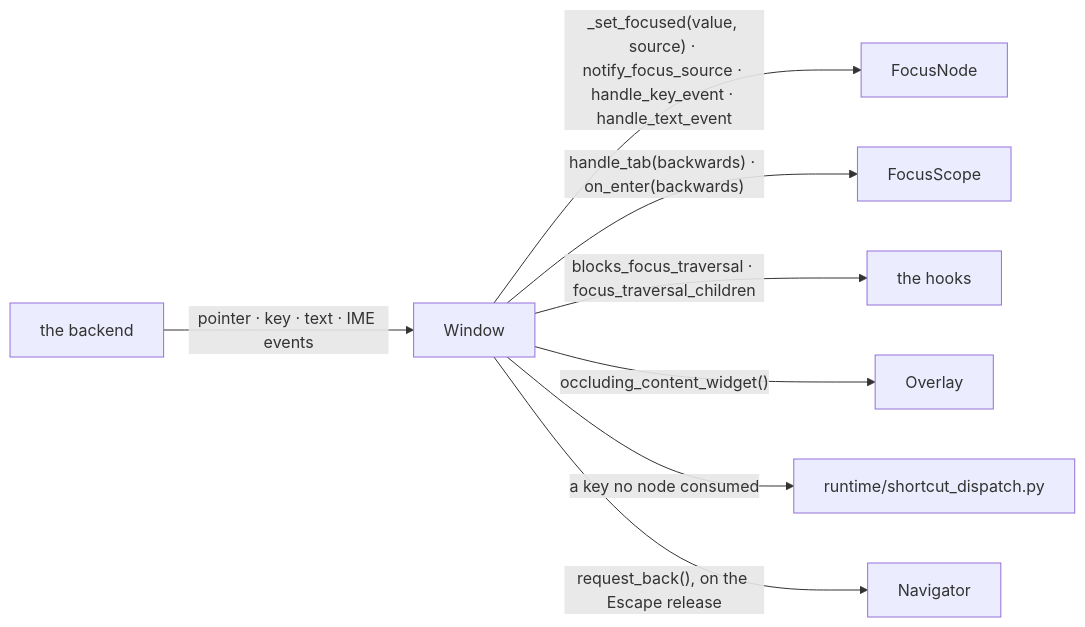
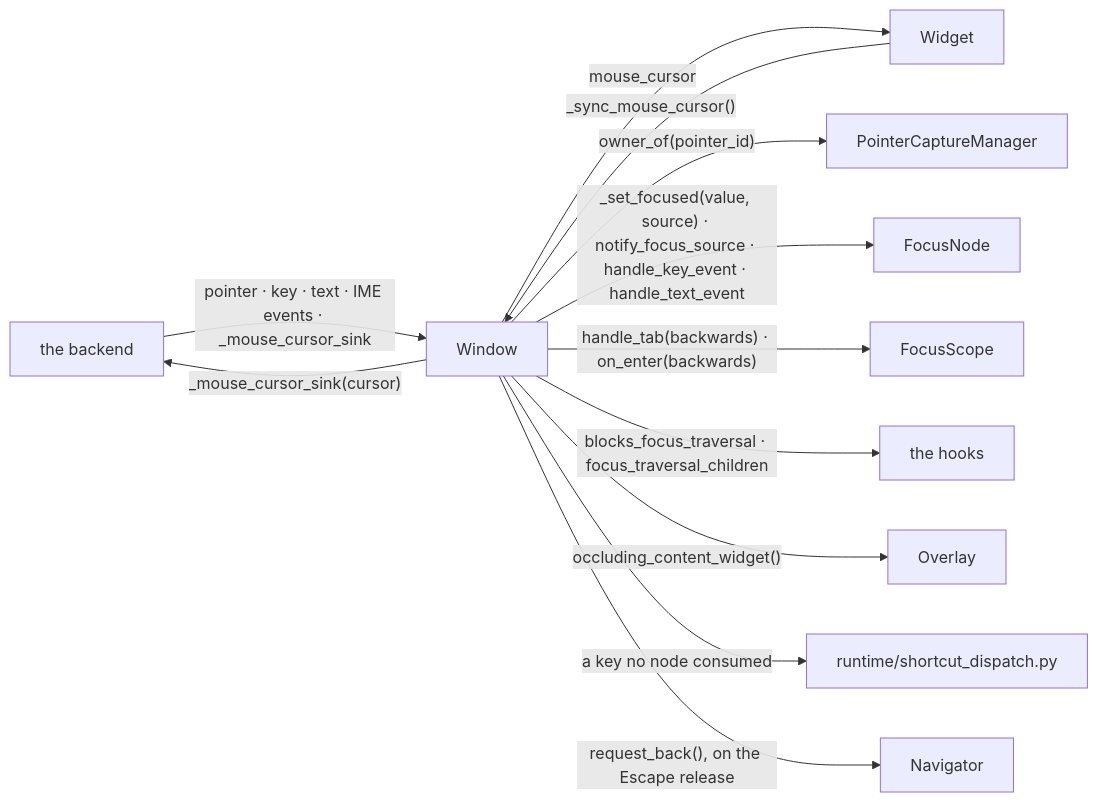
The second of 10 diagrams in docs/design/INTERACTION_ARCHITECTURE.md (yuksblog/nuiitivet), drawn with Mermaid before and after one commit. The commit also changed other lines of this file and 28 other files, not shown here.

First line of the commit message:
feat(interaction): widgets show a mouse cursor by role, cursor() sets one

````diff
--- a/docs/design/INTERACTION_ARCHITECTURE.md
+++ b/docs/design/INTERACTION_ARCHITECTURE.md
@@ -52,19 +57,25 @@
 ```mermaid
 flowchart LR
     backend[the backend]
     window[Window]
+    widget[Widget]
+    capture[PointerCaptureManager]
     node[FocusNode]
     scope[FocusScope]
     hooks[the hooks]
     overlay[Overlay]
     bindings[runtime/shortcut_dispatch.py]
     navigator[Navigator]
 
-    backend -- "pointer · key · text · IME events" --> window
+    backend -- "pointer · key · text · IME events · _mouse_cursor_sink" --> window
+    window -- "_mouse_cursor_sink(cursor)" --> backend
+    window -- "mouse_cursor" --> widget
+    widget -- "_sync_mouse_cursor()" --> window
+    window -- "owner_of(pointer_id)" --> capture
     window -- "_set_focused(value, source) · notify_focus_source · handle_key_event · handle_text_event" --> node
     window -- "handle_tab(backwards) · on_enter(backwards)" --> scope
     window -- "blocks_focus_traversal · focus_traversal_children" --> hooks
     window -- "occluding_content_widget()" --> overlay
     window -- "a key no node consumed" --> bindings
     window -- "request_back(), on the Escape release" --> navigator
 ```
````
